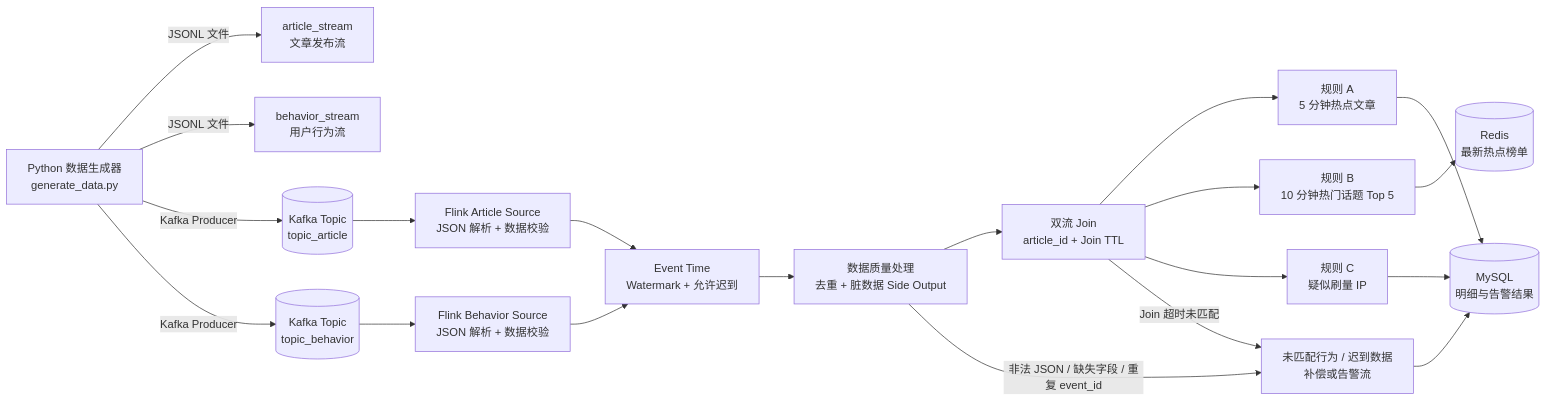
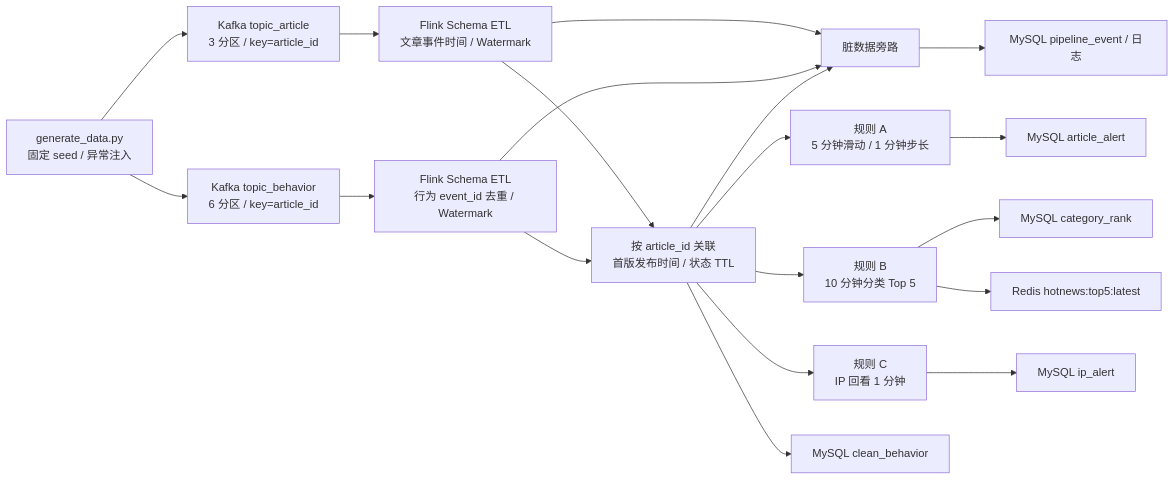
The diagram in readme.md (843616120/hotnews-realtime), drawn with Mermaid before and after one commit. The commit also changed other lines of this file and 57 other files, not shown here.

````diff
--- a/readme.md
+++ b/readme.md
@@ -42,39 +7,21 @@
 ```mermaid
 flowchart LR
-    G[Python 数据生成器<br/>generate_data.py]
-    A[article_stream<br/>文章发布流]
-    B[behavior_stream<br/>用户行为流]
-    K1[(Kafka Topic<br/>topic_article)]
-    K2[(Kafka Topic<br/>topic_behavior)]
-    AS[Flink Article Source<br/>JSON 解析 + 数据校验]
-    BS[Flink Behavior Source<br/>JSON 解析 + 数据校验]
-    WM[Event Time<br/>Watermark + 允许迟到]
-    DQ[数据质量处理<br/>去重 + 脏数据 Side Output]
-    J[双流 Join<br/>article_id + Join TTL]
-    R1[规则 A<br/>5 分钟热点文章]
-    R2[规则 B<br/>10 分钟热门话题 Top 5]
-    R3[规则 C<br/>疑似刷量 IP]
-    L[未匹配行为 / 迟到数据<br/>补偿或告警流]
-    M[(MySQL<br/>明细与告警结果)]
-    R[(Redis<br/>最新热点榜单)]
-
-    G -->|JSONL 文件| A
-    G -->|JSONL 文件| B
-    G -->|Kafka Producer| K1
-    G -->|Kafka Producer| K2
-    K1 --> AS
-    K2 --> BS
-    AS --> WM
-    BS --> WM
-    WM --> DQ
-    DQ --> J
-    DQ -->|非法 JSON / 缺失字段 / 重复 event_id| L
-    J --> R1
-    J --> R2
-    J --> R3
-    J -->|Join 超时未匹配| L
-    R1 --> M
-    R2 --> R
-    R3 --> M
-    L --> M
+    G["generate_data.py<br/>固定 seed / 异常注入"] --> KA["Kafka topic_article<br/>3 分区 / key=article_id"]
+    G --> KB["Kafka topic_behavior<br/>6 分区 / key=article_id"]
+    KA --> E["Flink Schema ETL<br/>文章事件时间 / Watermark"]
+    KB --> D["Flink Schema ETL<br/>行为 event_id 去重 / Watermark"]
+    E --> J["按 article_id 关联<br/>首版发布时间 / 状态 TTL"]
+    D --> J
+    E --> X["脏数据旁路"]
+    D --> X
+    J --> X
+    J --> A["规则 A<br/>5 分钟滑动 / 1 分钟步长"]
+    J --> B["规则 B<br/>10 分钟分类 Top 5"]
+    J --> C["规则 C<br/>IP 回看 1 分钟"]
+    J --> M["MySQL clean_behavior"]
+    A --> M2["MySQL article_alert"]
+    B --> M3["MySQL category_rank"]
+    C --> M4["MySQL ip_alert"]
+    B --> R["Redis hotnews:top5:latest"]
+    X --> M5["MySQL pipeline_event / 日志"]
 ```
````
